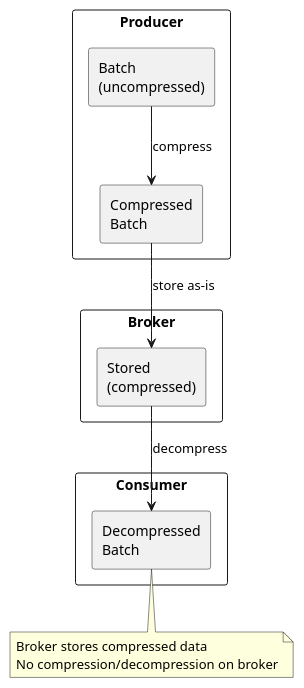
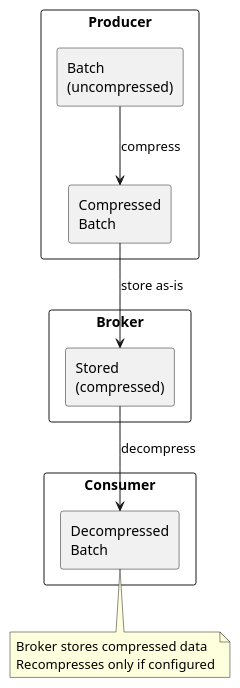
The sixth of 9 diagrams in docs/data-platforms/kafka/architecture/performance-internals/index.md (axonops/documentation), drawn with PlantUML before and after one commit. The commit also changed other lines of this file and 34 other files, not shown here.

Commit message:
Updated Kafka architecture documents

````diff
--- a/docs/data-platforms/kafka/architecture/performance-internals/index.md
+++ b/docs/data-platforms/kafka/architecture/performance-internals/index.md
@@ -257,28 +257,28 @@
 ```plantuml
 @startuml
 
 
 rectangle "Producer" {
   rectangle "Batch\n(uncompressed)" as raw
   rectangle "Compressed\nBatch" as comp
   raw --> comp : compress
 }
 
 rectangle "Broker" {
   rectangle "Stored\n(compressed)" as stored
 }
 
 rectangle "Consumer" {
   rectangle "Decompressed\nBatch" as decomp
 }
 
 comp --> stored : store as-is
 stored --> decomp : decompress
 
 note bottom
   Broker stores compressed data
-  No compression/decompression on broker
+  Recompresses only if configured
 end note
 
 @enduml
 ```
````
